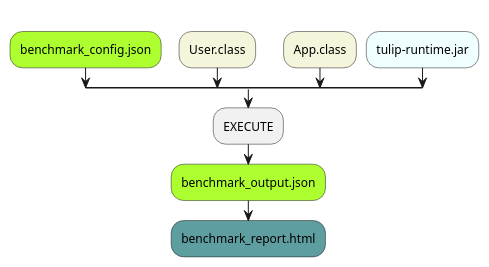
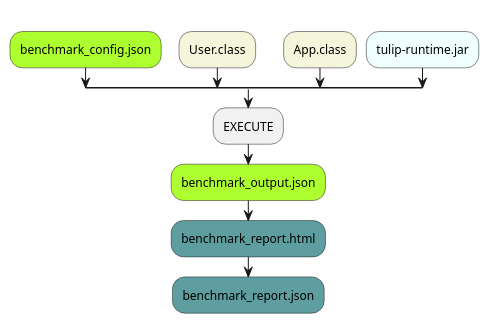
The diagram in modules/ROOT/pages/index.adoc (wfouche/Tulip-docs), drawn with PlantUML before and after one commit. The commit also changed other lines of this file, not shown here.

Commit message:
Updated program structure diagram

```diff
--- a/modules/ROOT/pages/index.adoc
+++ b/modules/ROOT/pages/index.adoc
@@ -67,21 +67,22 @@
 [plantuml,diag0,svg]
 ----
 @startuml
 split
    -[hidden]->
    #greenyellow:benchmark_config.json;
 split again
    -[hidden]->
    #beige:User.class;
 split again
    -[hidden]->
    #beige:App.class;
 split again
    -[hidden]->
    #azure:tulip-runtime.jar;
 end split
 :EXECUTE;
 #greenyellow:benchmark_output.json;
 #cadetblue:benchmark_report.html;
+#cadetblue:benchmark_report.json;
 @enduml
 ----
```
